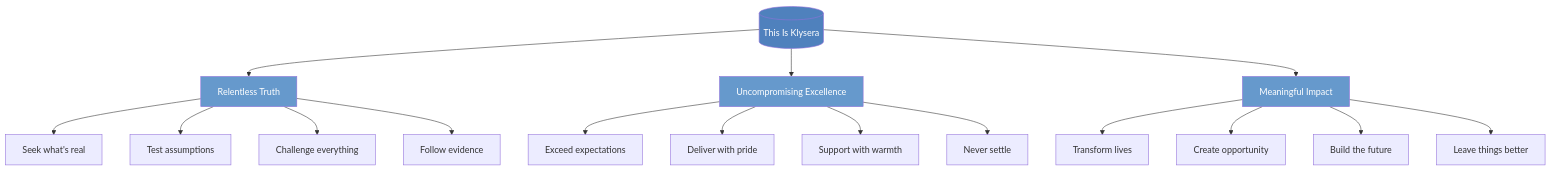
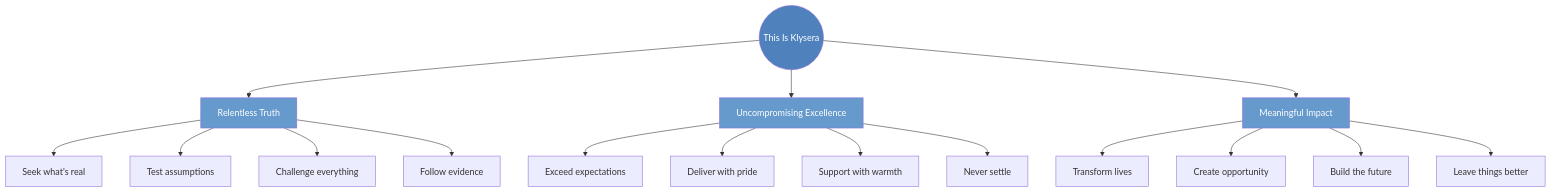
The first of 4 diagrams in docs/Klysera/Culture/TIK-Identity.md (klysera/people-and-culture), drawn with Mermaid before and after one commit. The commit also changed other lines of this file and 2 other files, not shown here.

First line of the commit message:
Fix Mermaid circular node syntax errors

````diff
--- a/docs/Klysera/Culture/TIK-Identity.md
+++ b/docs/Klysera/Culture/TIK-Identity.md
@@ -13,26 +13,26 @@
 ```mermaid
 graph TB
-    TIK[("This Is Klysera")] --> RT[Relentless Truth]
+    TIK((This Is Klysera)) --> RT[Relentless Truth]
     TIK --> UE[Uncompromising Excellence]
     TIK --> MI[Meaningful Impact]
 
     RT --> RT1[Seek what's real]
     RT --> RT2[Test assumptions]
     RT --> RT3[Challenge everything]
     RT --> RT4[Follow evidence]
 
     UE --> UE1[Exceed expectations]
     UE --> UE2[Deliver with pride]
     UE --> UE3[Support with warmth]
     UE --> UE4[Never settle]
 
     MI --> MI1[Transform lives]
     MI --> MI2[Create opportunity]
     MI --> MI3[Build the future]
     MI --> MI4[Leave things better]
 
     style TIK fill:#4f81bd,color:#fff
     style RT fill:#6699cc,color:#fff
     style UE fill:#6699cc,color:#fff
     style MI fill:#6699cc,color:#fff
 ```
````
